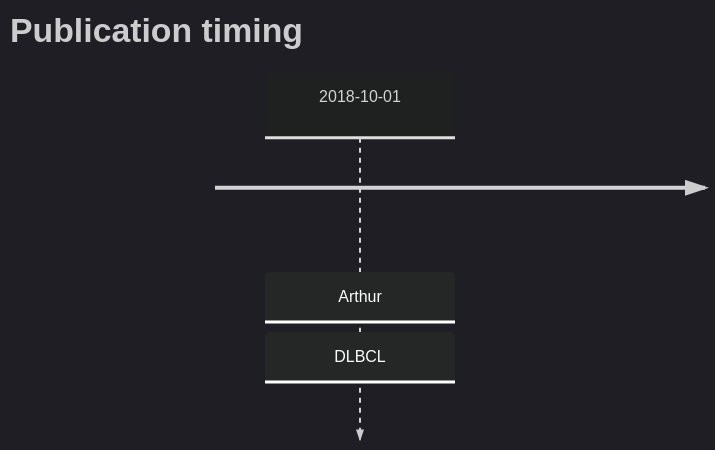
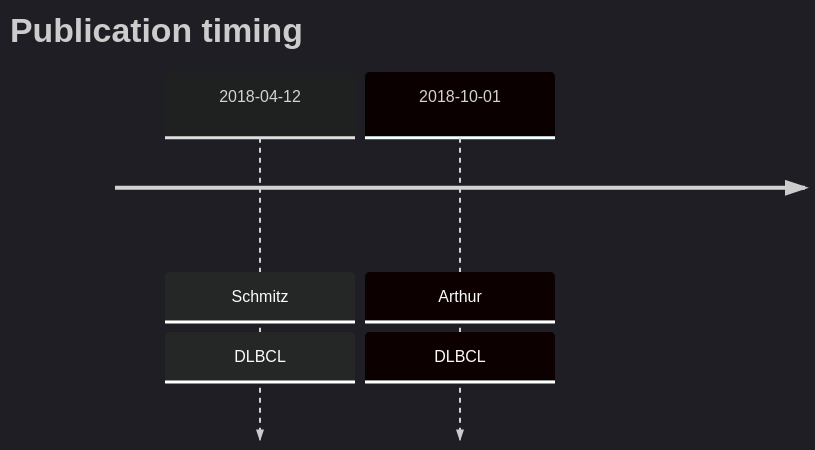
Before and after one commit to morinlab/lymphopedia: the diagram in mermaid_GRHPR.md, drawn with Mermaid.

````diff
--- a/mermaid_GRHPR.md
+++ b/mermaid_GRHPR.md
@@ -2,6 +2,7 @@
 ```mermaid
 %%{init: { 'logLevel': 'debug', 'theme': 'dark' } }%%
 timeline
     title Publication timing
+      2018-04-12 : Schmitz : DLBCL
       2018-10-01 : Arthur : DLBCL
 ```
````
